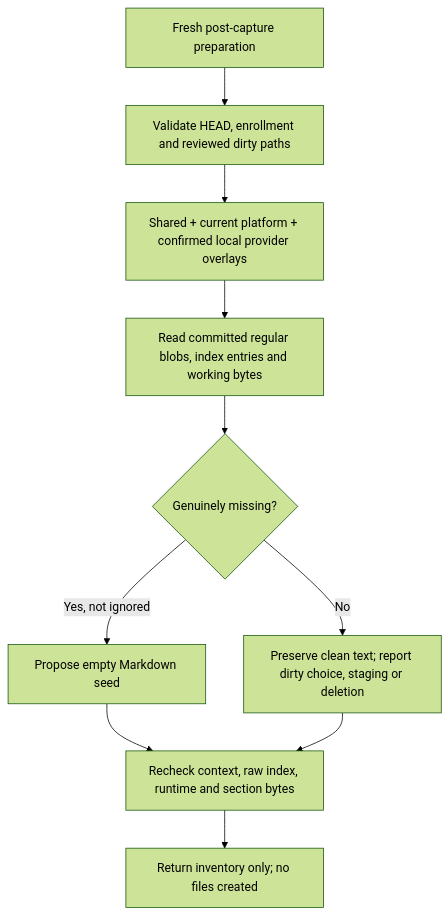
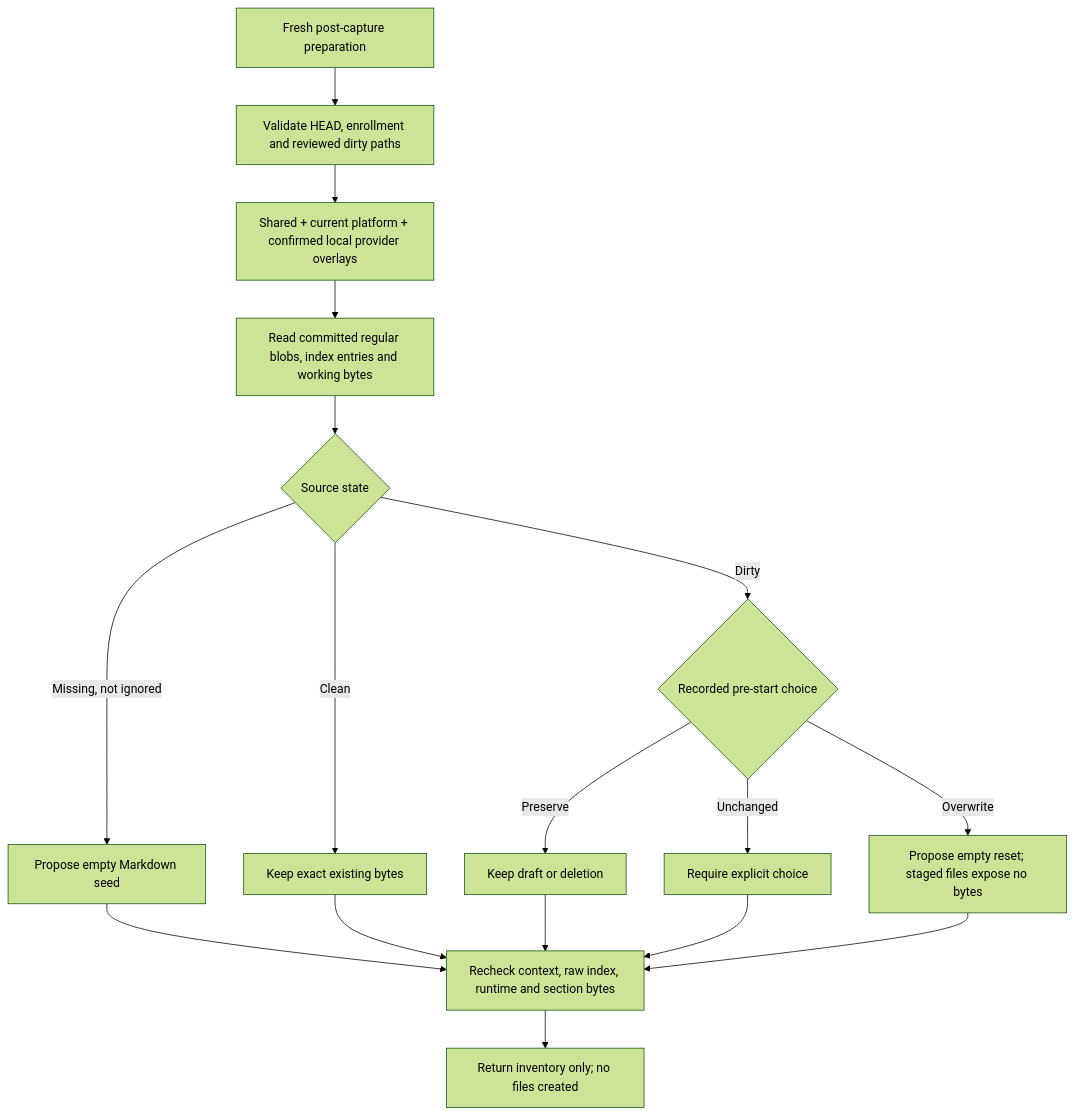
Diagram 18 of 25 in docs/architecture.md (ferrywlto/ai-env-as-code), drawn with Mermaid (forest theme) before and after one commit. The commit also changed other lines of this file and 6 other files, not shown here.

Commit message:
feat(migration): preview empty resets for dirty sections

````diff
--- a/docs/architecture.md
+++ b/docs/architecture.md
@@ -553,12 +553,19 @@
 ```mermaid
 flowchart TD
     Context[Fresh post-capture preparation] --> Validate[Validate HEAD, enrollment and reviewed dirty paths]
     Validate --> Scope[Shared + current platform + confirmed local provider overlays]
     Scope --> Observe[Read committed regular blobs, index entries and working bytes]
-    Observe --> Missing{Genuinely missing?}
-    Missing -->|Yes, not ignored| Empty[Propose empty Markdown seed]
-    Missing -->|No| Preserve[Preserve clean text; report dirty choice, staging or deletion]
+    Observe --> State{Source state}
+    State -->|Missing, not ignored| Empty[Propose empty Markdown seed]
+    State -->|Clean| Preserve[Keep exact existing bytes]
+    State -->|Dirty| Choice{Recorded pre-start choice}
+    Choice -->|Preserve| Draft[Keep draft or deletion]
+    Choice -->|Unchanged| Need[Require explicit choice]
+    Choice -->|Overwrite| Reset[Propose empty reset; staged files expose no bytes]
     Empty --> Recheck[Recheck context, raw index, runtime and section bytes]
     Preserve --> Recheck
+    Draft --> Recheck
+    Need --> Recheck
+    Reset --> Recheck
     Recheck --> Preview[Return inventory only; no files created]
 ```
````
